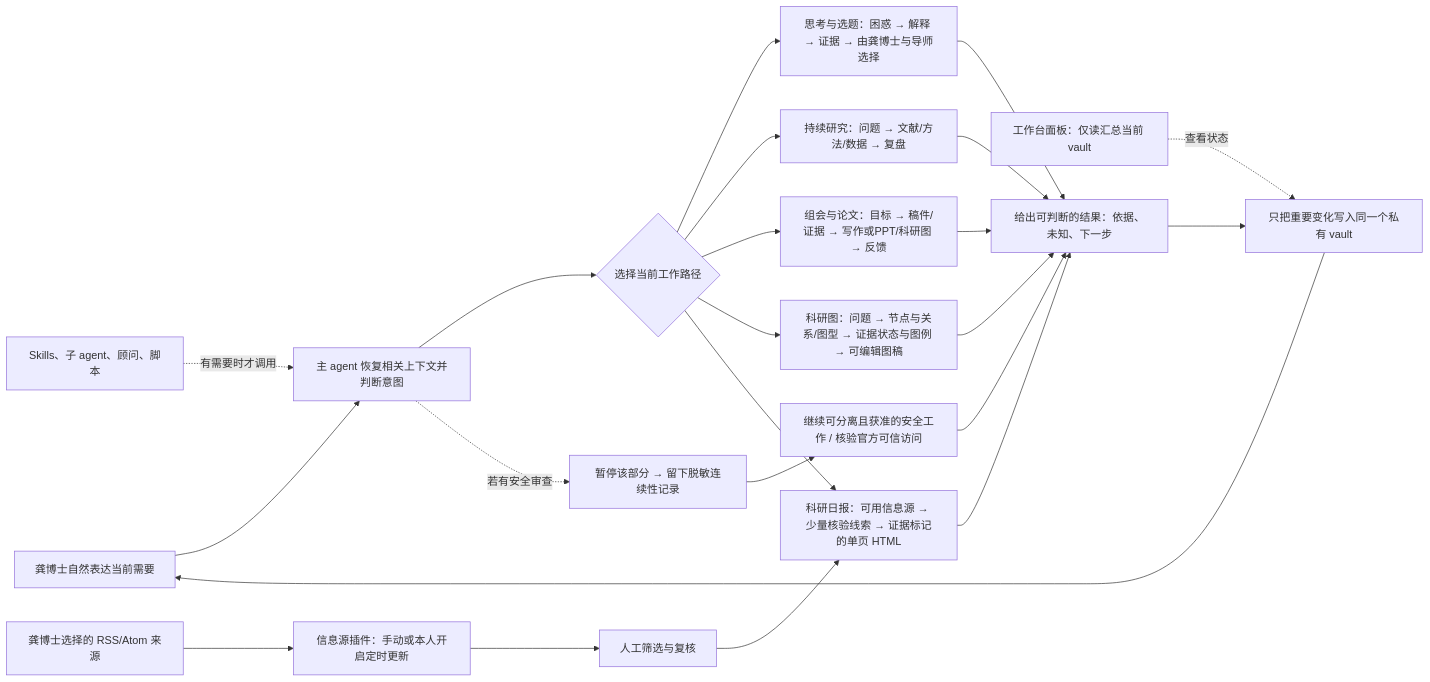
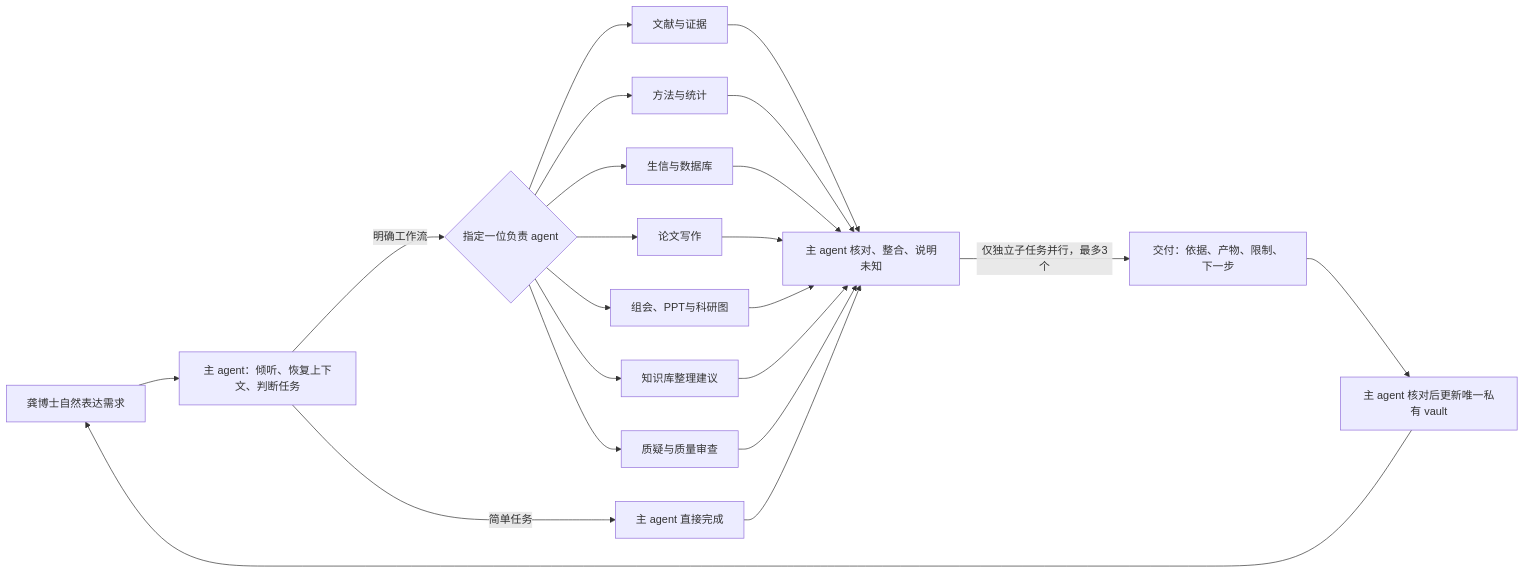
Before and after one commit to youir/danta-research-workbench: the diagram in 08_完整体系架构.md, drawn with Mermaid. The commit also changed other lines of this file and 48 other files, not shown here.

````diff
--- a/08_完整体系架构.md
+++ b/08_完整体系架构.md
@@ -11,25 +11,24 @@
 ```mermaid
 flowchart LR
-    U[龚博士自然表达当前需要] --> R[主 agent 恢复相关上下文并判断意图]
-    R --> W{选择当前工作路径}
-    W --> I[思考与选题：困惑 → 解释 → 证据 → 由龚博士与导师选择]
-    W --> D[持续研究：问题 → 文献/方法/数据 → 复盘]
-    W --> M[组会与论文：目标 → 稿件/证据 → 写作或PPT/科研图 → 反馈]
-    W --> F[科研图：问题 → 节点与关系/图型 → 证据状态与图例 → 可编辑图稿]
-    W --> B[科研日报：可用信息源 → 少量核验线索 → 证据标记的单页 HTML]
-    R -. 若有安全审查 .-> X[暂停该部分 → 留下脱敏连续性记录]
-    X --> Y[继续可分离且获准的安全工作 / 核验官方可信访问]
-    S1[龚博士选择的 RSS/Atom 来源] --> C[信息源插件：手动或本人开启定时更新]
-    C --> H[人工筛选与复核]
-    H --> B
-    V[工作台面板：仅读汇总当前 vault] -. 查看状态 .-> P
-    I --> O[给出可判断的结果：依据、未知、下一步]
-    D --> O
-    M --> O
-    F --> O
-    B --> O
-    Y --> O
-    O --> P[只把重要变化写入同一个私有 vault]
-    P --> U
-    S[Skills、子 agent、顾问、脚本] -. 有需要时才调用 .-> R
+    U[龚博士自然表达需求] --> M[主 agent：倾听、恢复上下文、判断任务]
+    M -->|简单任务| D[主 agent 直接完成]
+    M -->|明确工作流| A{指定一位负责 agent}
+    A --> E[文献与证据]
+    A --> S[方法与统计]
+    A --> B[生信与数据库]
+    A --> W[论文写作]
+    A --> C[组会、PPT与科研图]
+    A --> K[知识库整理建议]
+    A --> Q[质疑与质量审查]
+    E --> R[主 agent 核对、整合、说明未知]
+    S --> R
+    B --> R
+    W --> R
+    C --> R
+    K --> R
+    Q --> R
+    D --> R
+    R -->|仅独立子任务并行，最多3个| P[交付：依据、产物、限制、下一步]
+    P --> H[主 agent 核对后更新唯一私有 vault]
+    H --> U
 ```
````
